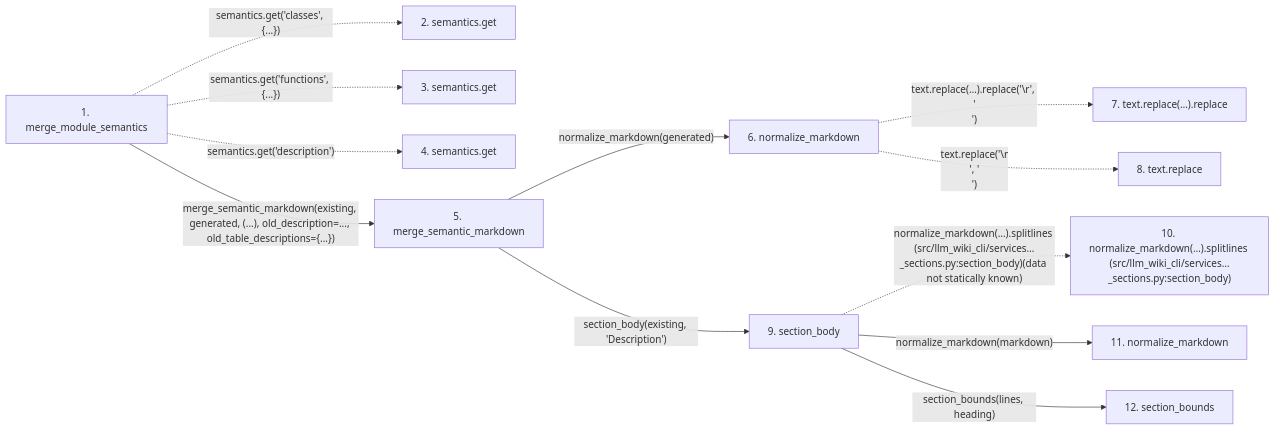
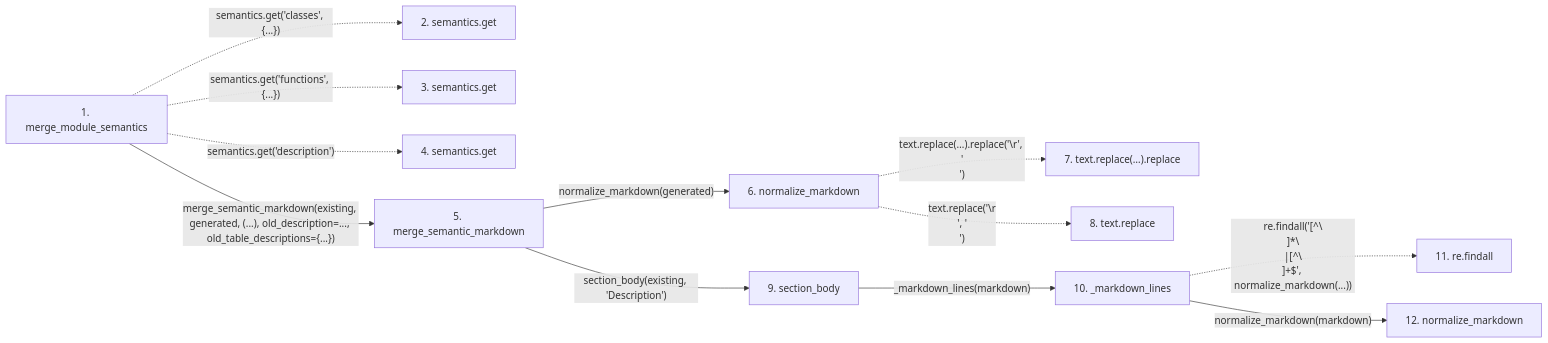
One commit to Denissvgn/python-wiki-llm changed the second of 2 diagrams in docs/llm_wiki/flows/api-merge_module_semantics.md. Above: the diagram before and after it, drawn with Mermaid. The commit also changed other lines of this file and 292 other files, not shown here.

````diff
--- a/docs/llm_wiki/flows/api-merge_module_semantics.md
+++ b/docs/llm_wiki/flows/api-merge_module_semantics.md
@@ -94,32 +99,32 @@
 ```mermaid
 flowchart LR
     s1["1. merge_module_semantics"]
     s2["2. semantics.get"]
     s3["3. semantics.get"]
     s4["4. semantics.get"]
     s5["5. merge_semantic_markdown"]
     s6["6. normalize_markdown"]
     s7["7. text.replace(…).replace"]
     s8["8. text.replace"]
     s9["9. section_body"]
-    s10["10. normalize_markdown(…).splitlines (src/llm_wiki_cli/services…_sections.py:section_body)"]
-    s11["11. normalize_markdown"]
-    s12["12. section_bounds"]
+    s10["10. _markdown_lines"]
+    s11["11. re.findall"]
+    s12["12. normalize_markdown"]
     s1 -. "semantics.get('classes', {...})" .-> s2
     s1 -. "semantics.get('functions', {...})" .-> s3
     s1 -. "semantics.get('description')" .-> s4
     s1 -->|"merge_semantic_markdown(existing, generated, (...), old_description=..., old_table_descriptions={...})"| s5
     s5 -->|"normalize_markdown(generated)"| s6
     s6 -. "text.replace(…).replace('\r', '\n')" .-> s7
     s6 -. "text.replace('\r\n', '\n')" .-> s8
     s5 -->|"section_body(existing, 'Description')"| s9
-    s9 -. "normalize_markdown(…).splitlines (src/llm_wiki_cli/services…_sections.py:section_body)(data not statically known)" .-> s10
-    s9 -->|"normalize_markdown(markdown)"| s11
-    s9 -->|"section_bounds(lines, heading)"| s12
+    s9 -->|"_markdown_lines(markdown)"| s10
+    s10 -. "re.findall('[^\\n]*\\n|[^\\n]+$', normalize_markdown(...))" .-> s11
+    s10 -->|"normalize_markdown(markdown)"| s12
     click s1 "../modules/section_ownership.md"
     click s5 "../modules/section_ownership.md"
     click s6 "../modules/markdown_sections.md"
     click s9 "../modules/markdown_sections.md"
-    click s11 "../modules/markdown_sections.md"
+    click s10 "../modules/markdown_sections.md"
     click s12 "../modules/markdown_sections.md"
 ```
````
